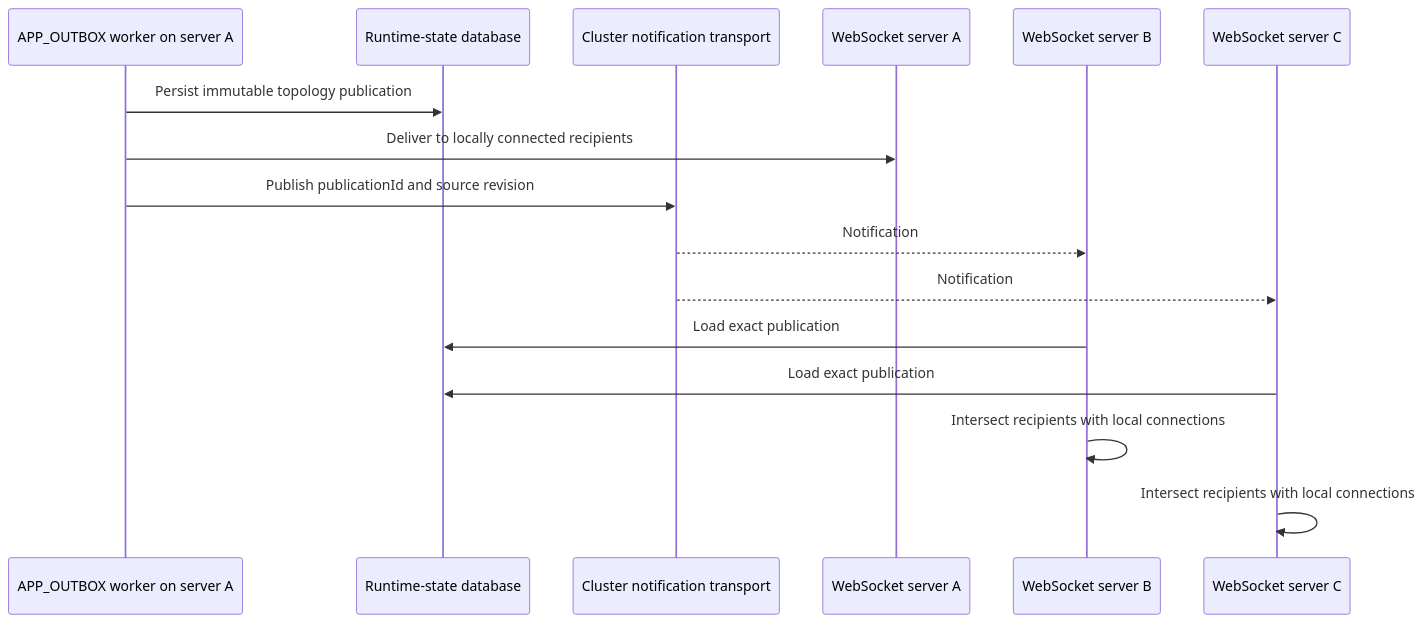
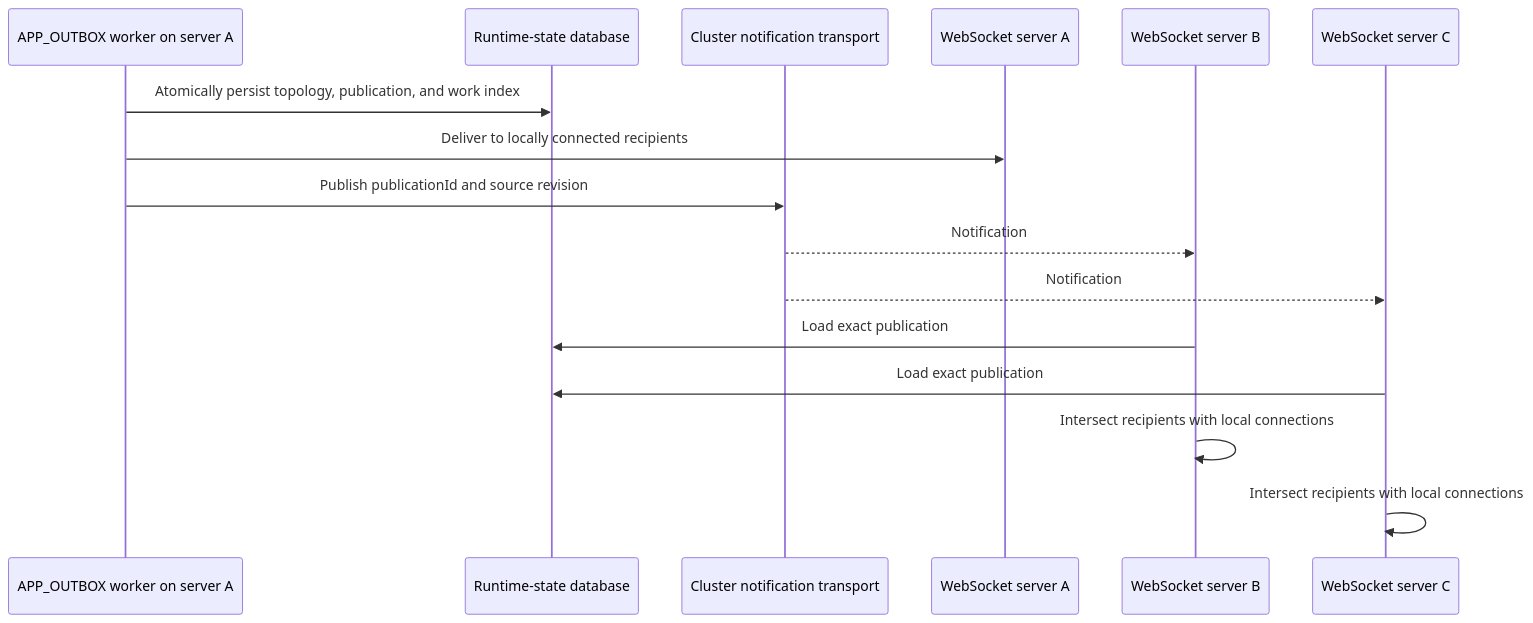
Before and after one commit to intact-software-systems/ar-eye-hunter: the second of 2 diagrams in docs/rallar-convergent-state-and-rtc-topology.md, drawn with Mermaid. The commit also changed other lines of this file and 60 other files, not shown here.

````diff
--- a/docs/rallar-convergent-state-and-rtc-topology.md
+++ b/docs/rallar-convergent-state-and-rtc-topology.md
@@ -234,19 +244,19 @@
 ```mermaid
 sequenceDiagram
     participant W as APP_OUTBOX worker on server A
     participant DB as Runtime-state database
     participant PG as Cluster notification transport
     participant A as WebSocket server A
     participant B as WebSocket server B
     participant C as WebSocket server C
 
-    W->>DB: Persist immutable topology publication
+    W->>DB: Atomically persist topology, publication, and work index
     W->>A: Deliver to locally connected recipients
     W->>PG: Publish publicationId and source revision
     PG-->>B: Notification
     PG-->>C: Notification
     B->>DB: Load exact publication
     C->>DB: Load exact publication
     B->>B: Intersect recipients with local connections
     C->>C: Intersect recipients with local connections
 ```
````
